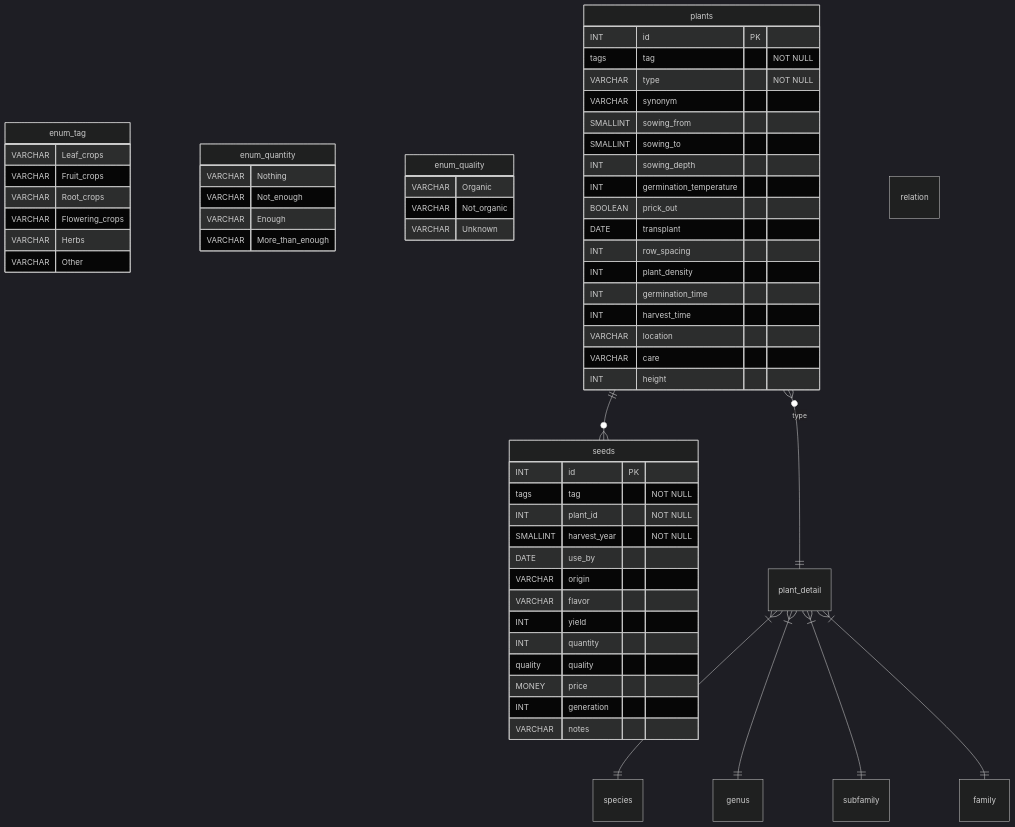
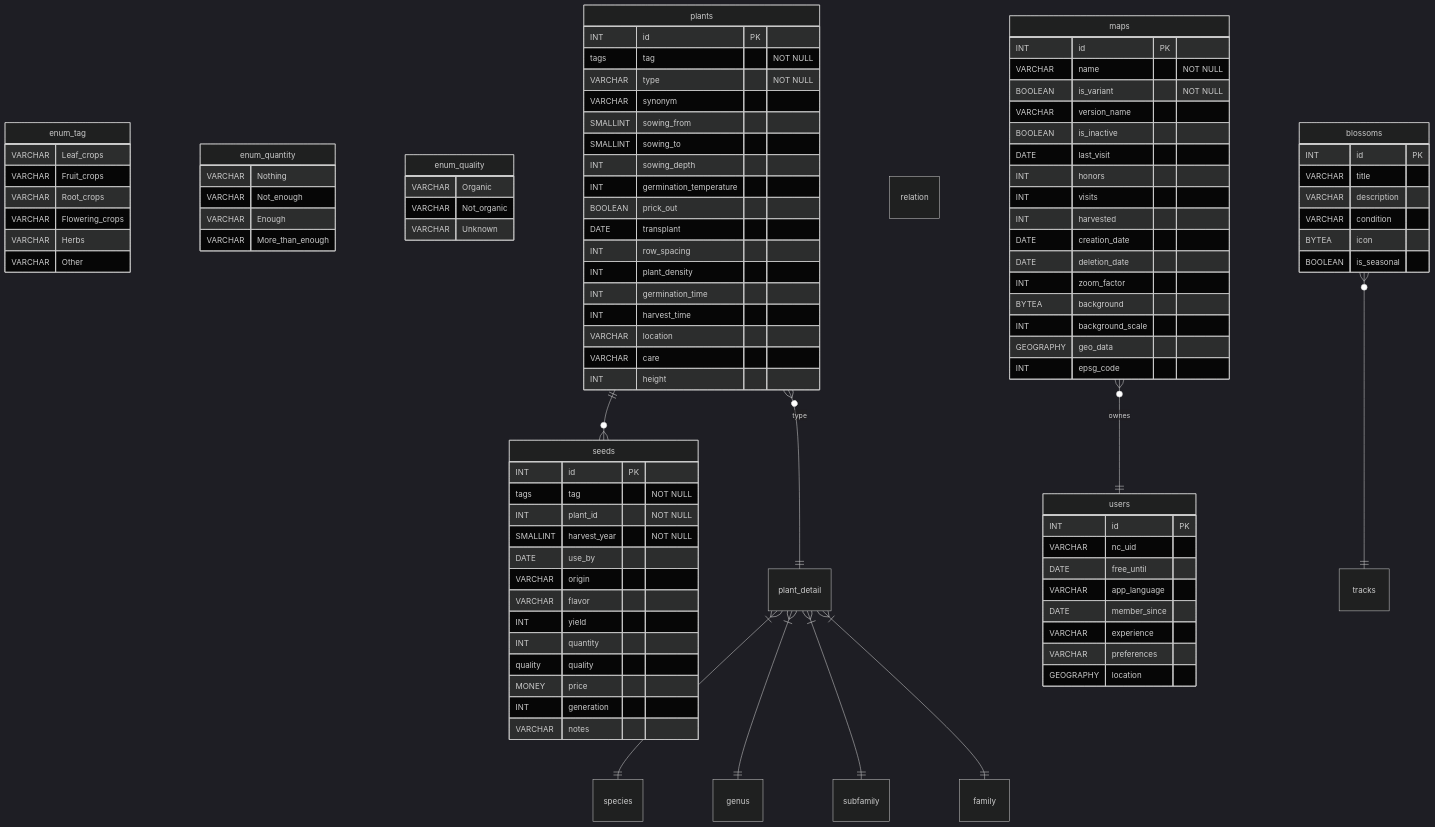
One commit to ElektraInitiative/PermaplanT changed the diagram in doc/architecture/database_schemata.md. Above: the diagram before and after it, drawn with Mermaid (dark theme). The commit also changed other lines of this file, not shown here.

Commit message:
Added additional tables and diagram
Now contains users and blossoms table descriptions and an ER diagram for the new tables.

````diff
--- a/doc/architecture/database_schemata.md
+++ b/doc/architecture/database_schemata.md
@@ -85,4 +85,48 @@
 plant_detail }|--|| subfamily : ""
 plant_detail }|--|| family : ""
 
+maps {
+  INT id PK
+  VARCHAR name "NOT NULL"
+  BOOLEAN is_variant "NOT NULL"
+  VARCHAR version_name
+  BOOLEAN is_inactive
+  DATE last_visit
+  INT honors
+  INT visits
+  INT harvested
+  DATE creation_date
+  DATE deletion_date
+  INT zoom_factor
+  BYTEA background
+  INT background_scale
+  GEOGRAPHY geo_data
+  INT epsg_code
+}
+
+users {
+  INT id PK
+  VARCHAR nc_uid
+  DATE free_until
+  VARCHAR app_language
+  DATE member_since
+  VARCHAR experience
+  VARCHAR preferences
+  GEOGRAPHY location
+}
+
+blossoms {
+  INT id PK
+  VARCHAR title
+  VARCHAR description
+  VARCHAR condition
+  BYTEA icon
+  BOOLEAN is_seasonal
+}
+
+tracks {}
+
+maps }o--|| users : ownes
+blossoms }o--|| tracks : ""
+
 ```
````
